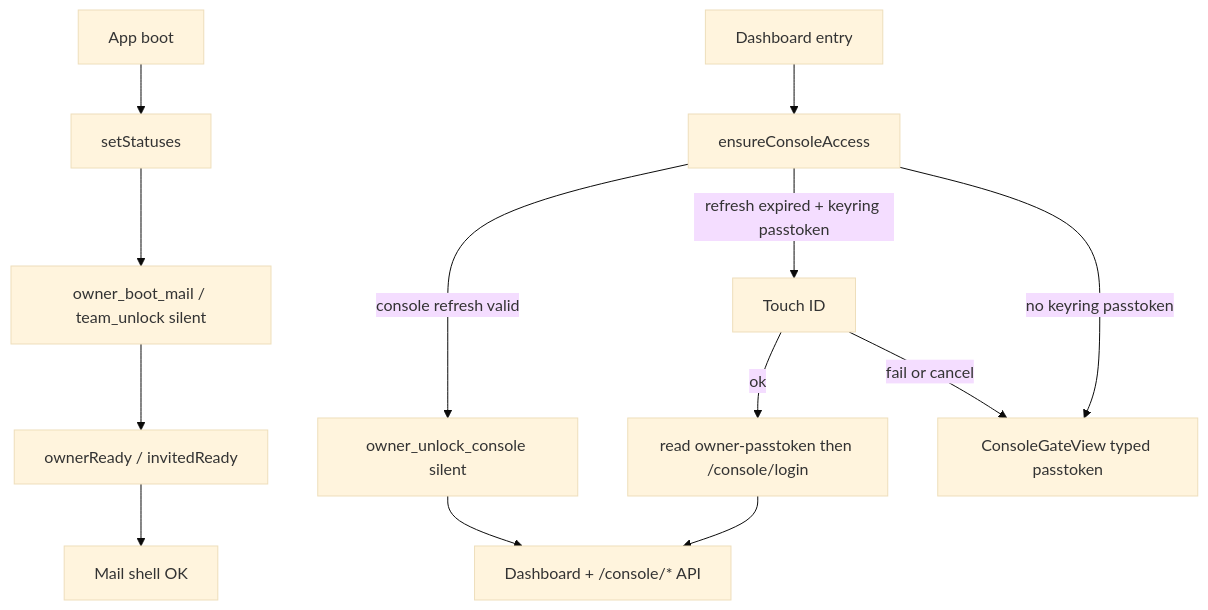
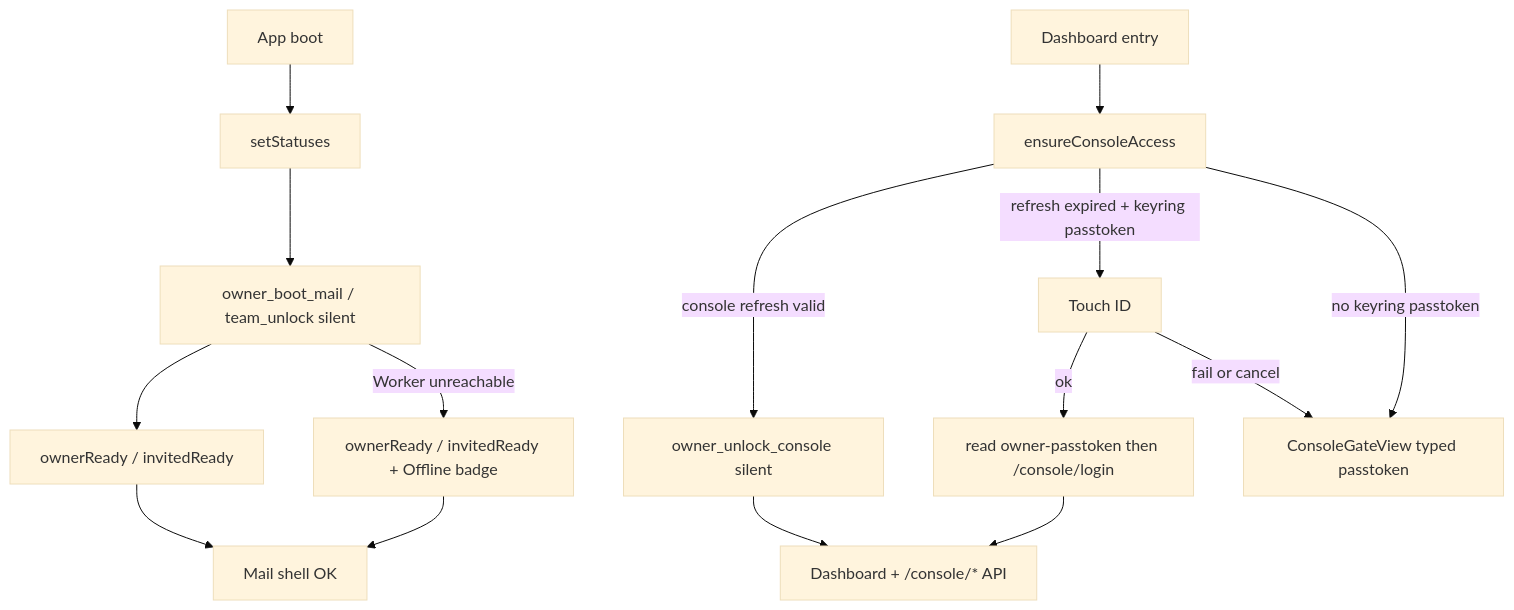
Before and after one commit to gssisaac/relaybase: the second of 2 diagrams in docs/authentication.md, drawn with Mermaid (base theme). The commit also changed other lines of this file and 11 other files, not shown here.

````diff
--- a/docs/authentication.md
+++ b/docs/authentication.md
@@ -197,16 +197,18 @@
 ```mermaid
 flowchart TB
   Boot[App boot] --> Status[setStatuses]
   Status --> MailBoot[owner_boot_mail / team_unlock silent]
   MailBoot --> MailReady[ownerReady / invitedReady]
+  MailBoot -->|Worker unreachable| OfflineMail[ownerReady / invitedReady + Offline badge]
   MailReady --> MailRoutes[Mail shell OK]
+  OfflineMail --> MailRoutes
 
   DashEntry[Dashboard entry] --> Ensure[ensureConsoleAccess]
   Ensure -->|console refresh valid| ConsoleUnlock[owner_unlock_console silent]
   ConsoleUnlock --> DashReady[Dashboard + /console/* API]
   Ensure -->|refresh expired + keyring passtoken| Bio[Touch ID]
   Bio -->|ok| KeyringLogin[read owner-passtoken then /console/login]
   KeyringLogin --> DashReady
   Bio -->|fail or cancel| Typed[ConsoleGateView typed passtoken]
   Ensure -->|no keyring passtoken| Typed
 ```
````
